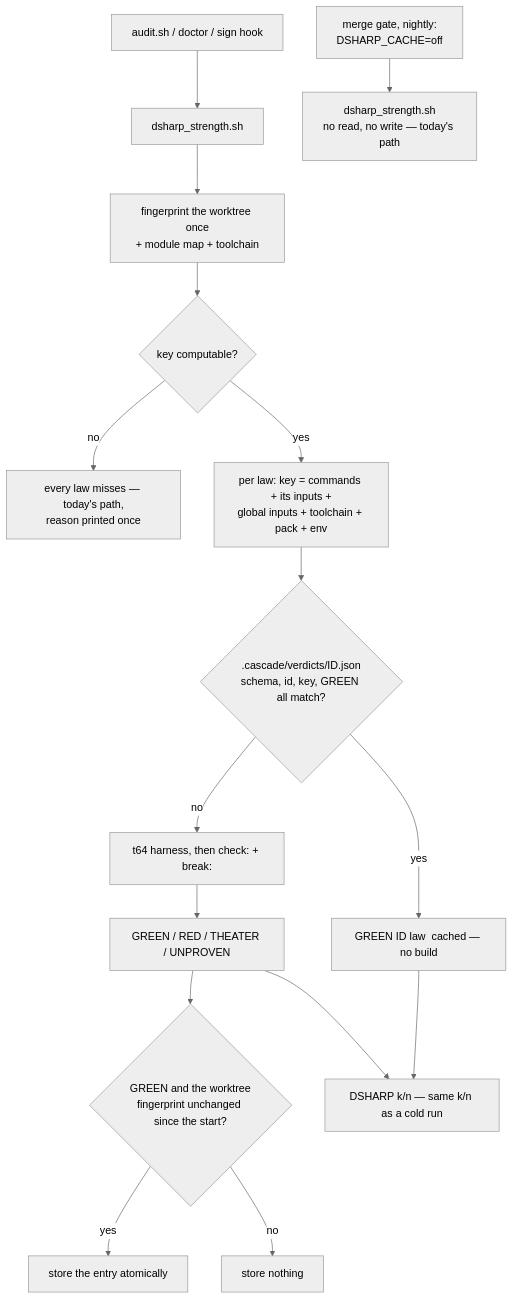
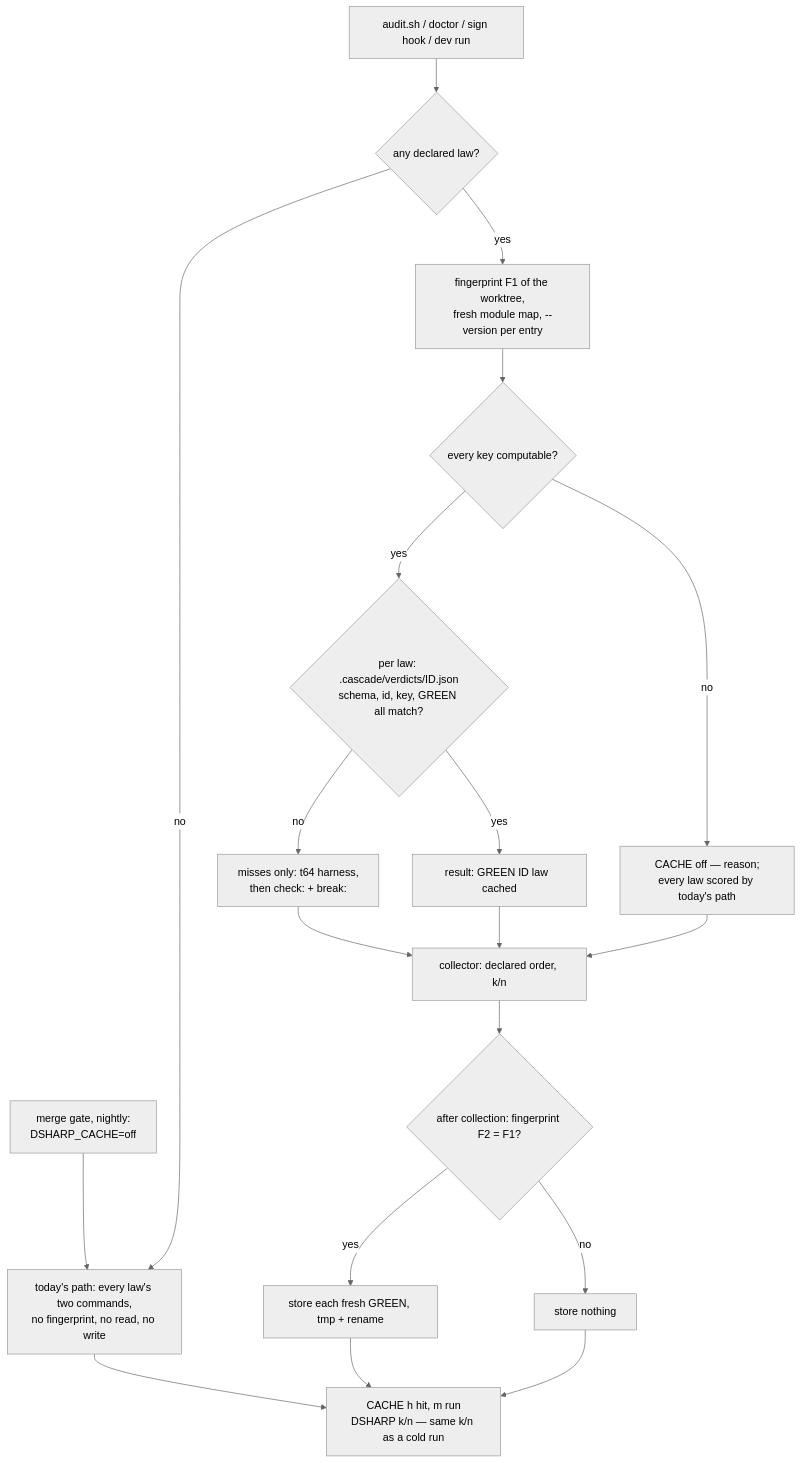
One commit to kadaluarsa/barbaric-driven-development changed the second of 2 diagrams in docs/cascade/05b-t65-verdict-cache.md. Above: the diagram before and after it, drawn with Mermaid (neutral theme). The commit also changed other lines of this file and 1 other file, not shown here.

Commit message:
GENERATE 05b t65-verdict-cache: answer the critic (C1–C10 fixed), spec v2

````diff
--- a/docs/cascade/05b-t65-verdict-cache.md
+++ b/docs/cascade/05b-t65-verdict-cache.md
@@ -53,18 +65,21 @@
 ```mermaid
 flowchart TD
-  C[audit.sh / doctor / sign hook] --> D[dsharp_strength.sh]
-  G[merge gate, nightly:<br/>DSHARP_CACHE=off] --> D2[dsharp_strength.sh<br/>no read, no write — today's path]
-  D --> F[fingerprint the worktree once<br/>+ module map + toolchain]
-  F --> X{key computable?}
-  X -->|no| M[every law misses — today's path,<br/>reason printed once]
-  X -->|yes| K[per law: key = commands + its inputs +<br/>global inputs + toolchain + pack + env]
-  K --> H{.cascade/verdicts/ID.json<br/>schema, id, key, GREEN all match?}
-  H -->|yes| HC[GREEN ID law  cached — no build]
-  H -->|no| R[t64 harness, then check: + break:]
-  R --> V[GREEN / RED / THEATER / UNPROVEN]
-  V --> W{GREEN and the worktree<br/>fingerprint unchanged since the start?}
-  W -->|yes| ST[store the entry atomically]
+  G[merge gate, nightly:<br/>DSHARP_CACHE=off] --> OFF[today's path: every law's two commands,<br/>no fingerprint, no read, no write]
+  C[audit.sh / doctor / sign hook / dev run] --> N{any declared law?}
+  N -->|no| OFF
+  N -->|yes| F[fingerprint F1 of the worktree,<br/>fresh module map, --version per entry]
+  F --> X{every key computable?}
+  X -->|no| M[CACHE off — reason;<br/>every law scored by today's path]
+  X -->|yes| H{per law: .cascade/verdicts/ID.json<br/>schema, id, key, GREEN all match?}
+  H -->|yes| HC[result: GREEN ID law  cached]
+  H -->|no| R[misses only: t64 harness,<br/>then check: + break:]
+  R --> COL[collector: declared order, k/n]
+  HC --> COL
+  M --> COL
+  OFF --> S
+  COL --> W{after collection: fingerprint F2 = F1?}
+  W -->|yes| ST[store each fresh GREEN, tmp + rename]
   W -->|no| NS[store nothing]
-  HC --> S[DSHARP k/n — same k/n as a cold run]
-  V --> S
+  ST --> S[CACHE h hit, m run<br/>DSHARP k/n — same k/n as a cold run]
+  NS --> S
 ```
````
